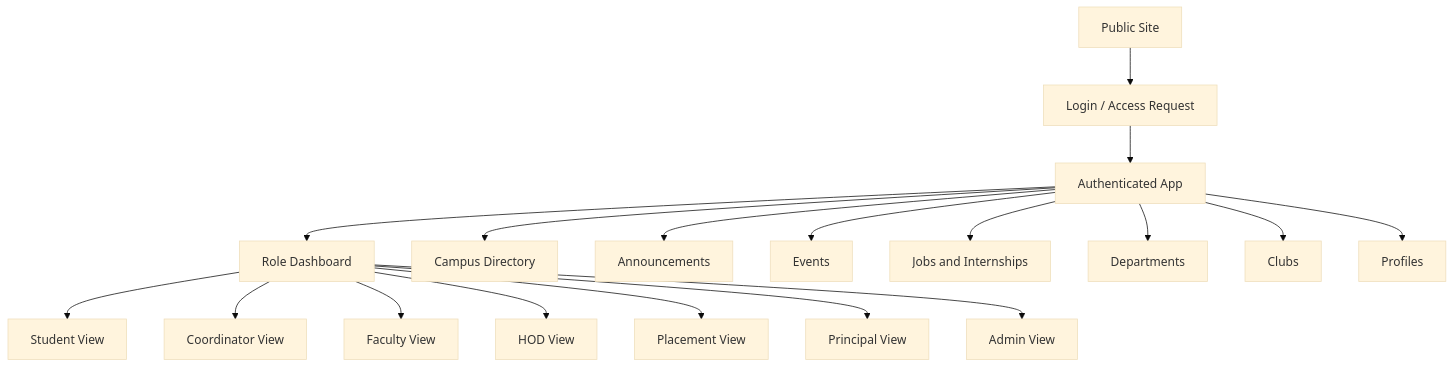
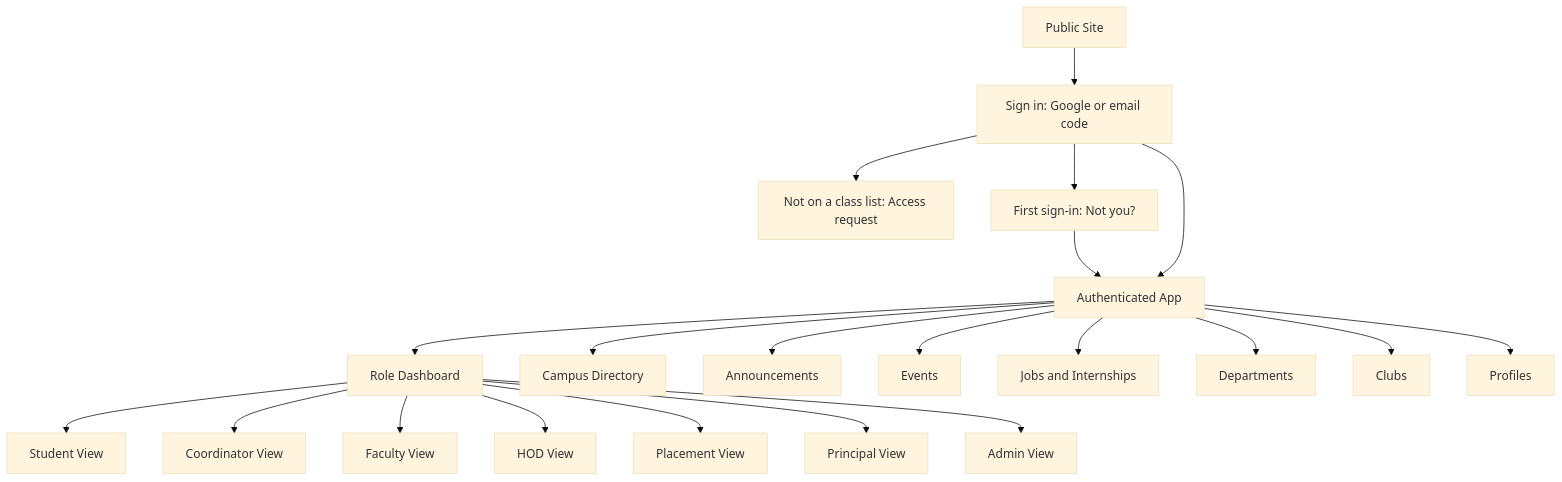
The first of 2 diagrams in docs/frontend-ux-ui.md (AbhishekBalija/Links), drawn with Mermaid (base theme) before and after one commit. The commit also changed 72 other files, not shown here.

First line of the commit message:
feat(client): sign in with Google or an email code, no passwords

````diff
--- a/docs/frontend-ux-ui.md
+++ b/docs/frontend-ux-ui.md
@@ -62,22 +62,25 @@
 ```mermaid
 flowchart TB
-    Public[Public Site] --> Login[Login / Access Request]
+    Public[Public Site] --> Login[Sign in: Google or email code]
+    Login --> Request[Not on a class list: Access request]
+    Login --> First[First sign-in: Not you?]
+    First --> App
     Login --> App[Authenticated App]
 
     App --> Dashboard[Role Dashboard]
     App --> Directory[Campus Directory]
     App --> Announcements[Announcements]
     App --> Events[Events]
     App --> Opportunities[Jobs and Internships]
     App --> Departments[Departments]
     App --> Clubs[Clubs]
     App --> Profiles[Profiles]
 
     Dashboard --> Student[Student View]
     Dashboard --> Coordinator[Coordinator View]
     Dashboard --> Faculty[Faculty View]
     Dashboard --> HOD[HOD View]
     Dashboard --> Placement[Placement View]
     Dashboard --> Principal[Principal View]
     Dashboard --> Admin[Admin View]
 ```
````
